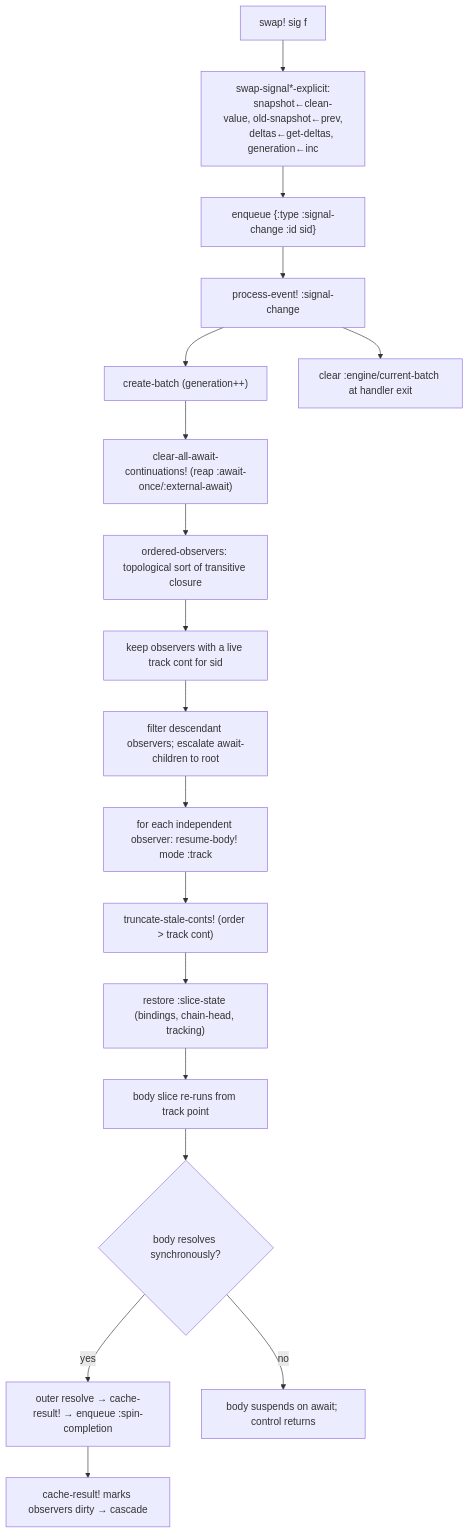
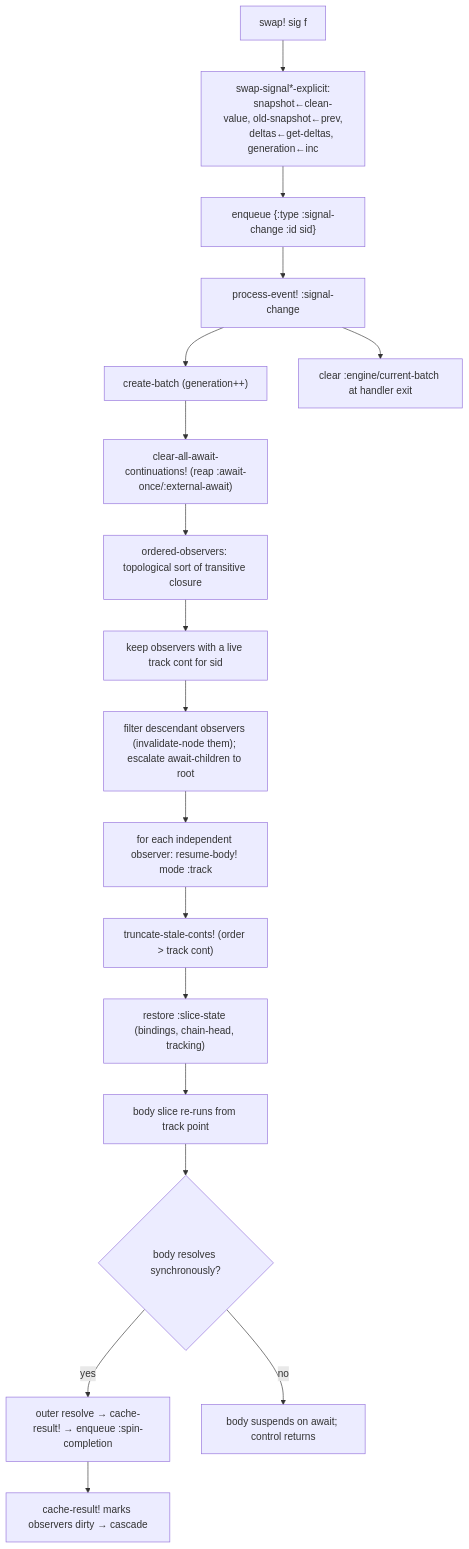
One commit to replikativ/spindel changed the second of 7 diagrams in docs/engine-formalism.md. Above: the diagram before and after it, drawn with Mermaid. The commit also changed other lines of this file and 4 other files, not shown here.

````diff
--- a/docs/engine-formalism.md
+++ b/docs/engine-formalism.md
@@ -371,22 +378,22 @@
 ```mermaid
 flowchart TD
     A["swap! sig f"] --> B["swap-signal*-explicit:
        snapshot←clean-value, old-snapshot←prev,
        deltas←get-deltas, generation←inc"]
     B --> C["enqueue {:type :signal-change :id sid}"]
     C --> D["process-event! :signal-change"]
     D --> E["create-batch (generation++)"]
     E --> F["clear-all-await-continuations! (reap :await-once/:external-await)"]
     F --> G["ordered-observers: topological sort of transitive closure"]
     G --> H["keep observers with a live track cont for sid"]
-    H --> I["filter descendant observers; escalate await-children to root"]
+    H --> I["filter descendant observers (invalidate-node them); escalate await-children to root"]
     I --> J["for each independent observer: resume-body! mode :track"]
     J --> K["truncate-stale-conts! (order > track cont)"]
     K --> L["restore :slice-state (bindings, chain-head, tracking)"]
     L --> M["body slice re-runs from track point"]
     M --> N{body resolves synchronously?}
     N -- yes --> O["outer resolve → cache-result! → enqueue :spin-completion"]
     N -- no --> P["body suspends on await; control returns"]
     O --> Q["cache-result! marks observers dirty → cascade"]
     D --> R["clear :engine/current-batch at handler exit"]
 ```
````
